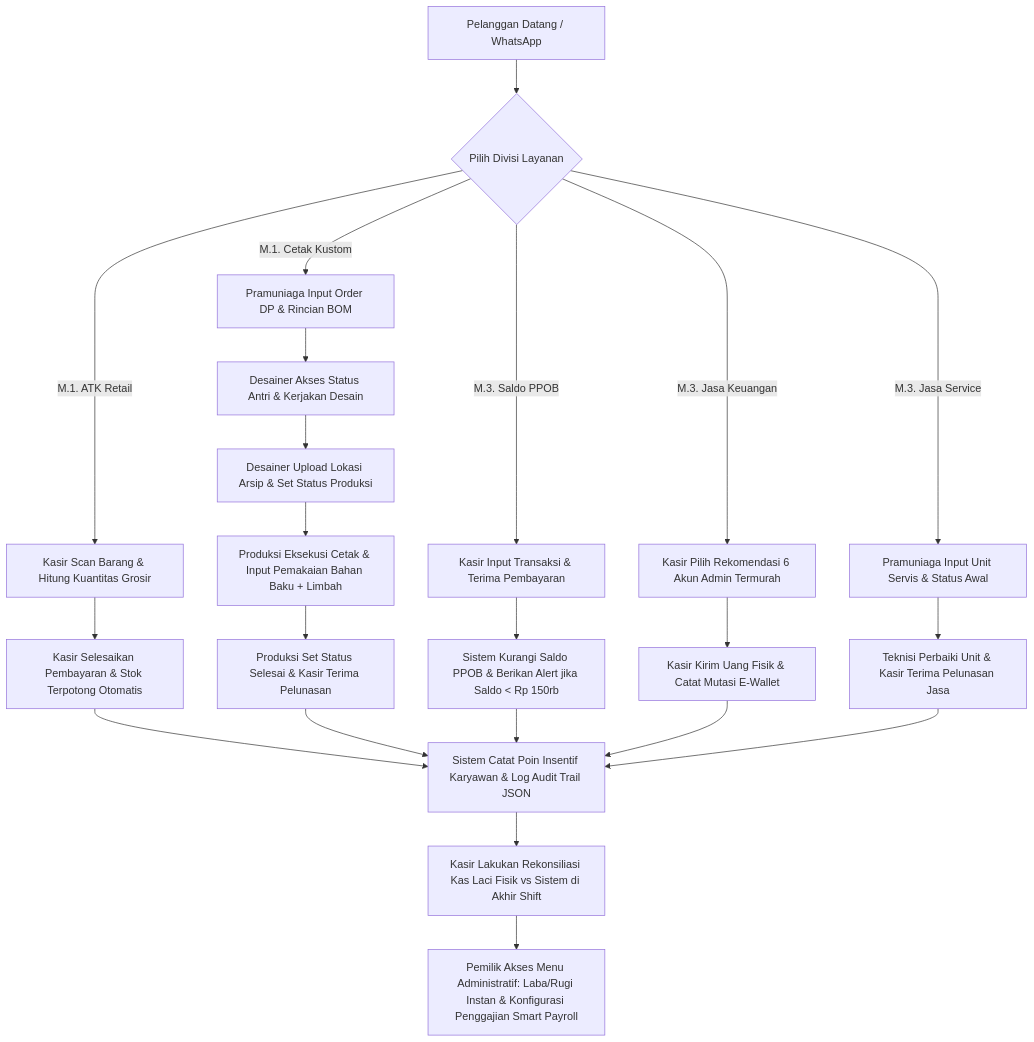
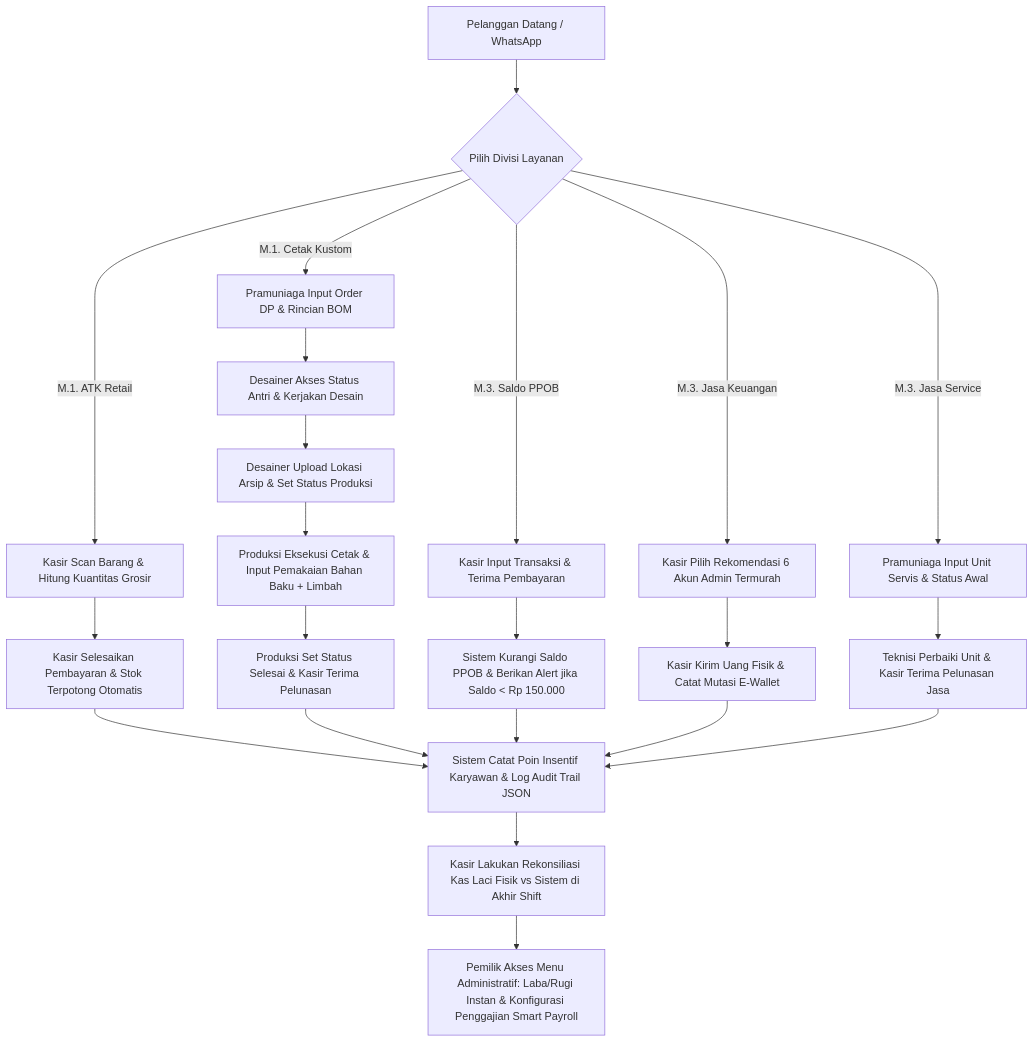
Before and after one commit to tigasatuu/abucom: the diagram in docs/sdlc/02_analysis/01_business_requirements.md, drawn with Mermaid. The commit also changed other lines of this file and 1 other file, not shown here.

````diff
--- a/docs/sdlc/02_analysis/01_business_requirements.md
+++ b/docs/sdlc/02_analysis/01_business_requirements.md
@@ -145,23 +148,23 @@
 ```mermaid
 graph TD
     A[Pelanggan Datang / WhatsApp] --> B{Pilih Divisi Layanan}
     B -->|M.1. Cetak Kustom| C[Pramuniaga Input Order DP & Rincian BOM]
     B -->|M.1. ATK Retail| D[Kasir Scan Barang & Hitung Kuantitas Grosir]
     B -->|M.3. Saldo PPOB| E[Kasir Input Transaksi & Terima Pembayaran]
     B -->|M.3. Jasa Keuangan| F[Kasir Pilih Rekomendasi 6 Akun Admin Termurah]
     B -->|M.3. Jasa Service| G[Pramuniaga Input Unit Servis & Status Awal]
     
     C --> H[Desainer Akses Status Antri & Kerjakan Desain]
     H --> I[Desainer Upload Lokasi Arsip & Set Status Produksi]
     I --> J[Produksi Eksekusi Cetak & Input Pemakaian Bahan Baku + Limbah]
     J --> K[Produksi Set Status Selesai & Kasir Terima Pelunasan]
     
     D --> L[Kasir Selesaikan Pembayaran & Stok Terpotong Otomatis]
-    E --> M[Sistem Kurangi Saldo PPOB & Berikan Alert jika Saldo < Rp 150rb]
+    E --> M[Sistem Kurangi Saldo PPOB & Berikan Alert jika Saldo < Rp 150.000]
     F --> N[Kasir Kirim Uang Fisik & Catat Mutasi E-Wallet]
     G --> O[Teknisi Perbaiki Unit & Kasir Terima Pelunasan Jasa]
     
     L & K & M & N & O --> P[Sistem Catat Poin Insentif Karyawan & Log Audit Trail JSON]
     P --> Q[Kasir Lakukan Rekonsiliasi Kas Laci Fisik vs Sistem di Akhir Shift]
     Q --> R[Pemilik Akses Menu Administratif: Laba/Rugi Instan & Konfigurasi Penggajian Smart Payroll]
 ```
````
